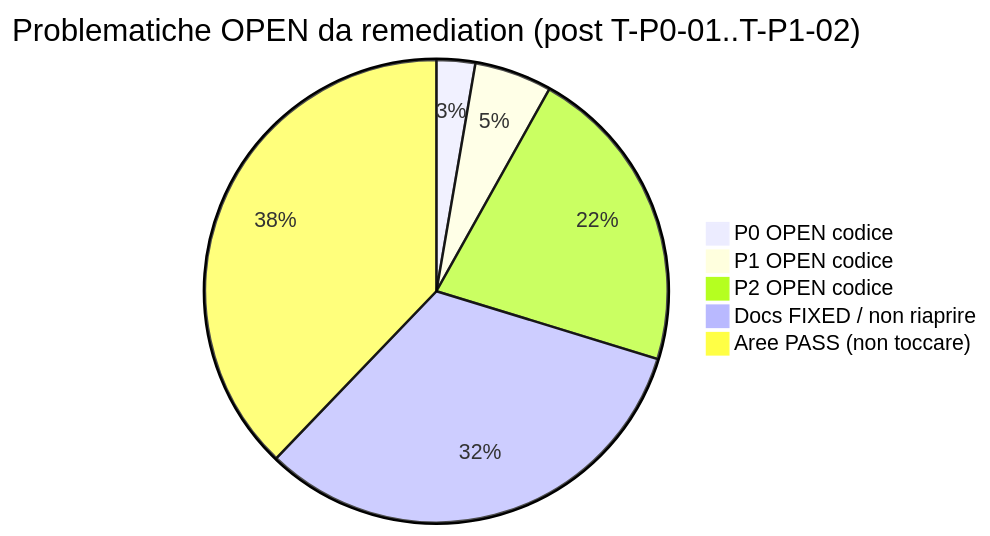
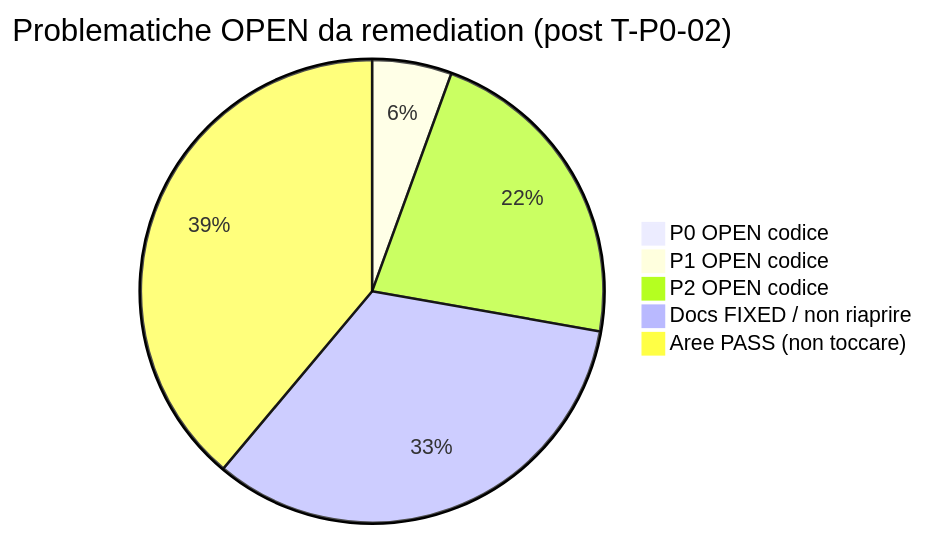
One commit to JiraaG/Intelligence-Dashboard changed the second of 2 diagrams in plan-audit/audit_problemi_documentazione.md. Above: the diagram before and after it, drawn with Mermaid. The commit also changed other lines of this file and 5 other files, not shown here.

````diff
--- a/plan-audit/audit_problemi_documentazione.md
+++ b/plan-audit/audit_problemi_documentazione.md
@@ -144,8 +144,8 @@
 ```mermaid
-pie title Problematiche OPEN da remediation (post T-P0-01..T-P1-02)
-    "P0 OPEN codice" : 1
+pie title Problematiche OPEN da remediation (post T-P0-02)
+    "P0 OPEN codice" : 0
     "P1 OPEN codice" : 2
     "P2 OPEN codice" : 8
     "Docs FIXED / non riaprire" : 12
     "Aree PASS (non toccare)" : 14
 ```
````
